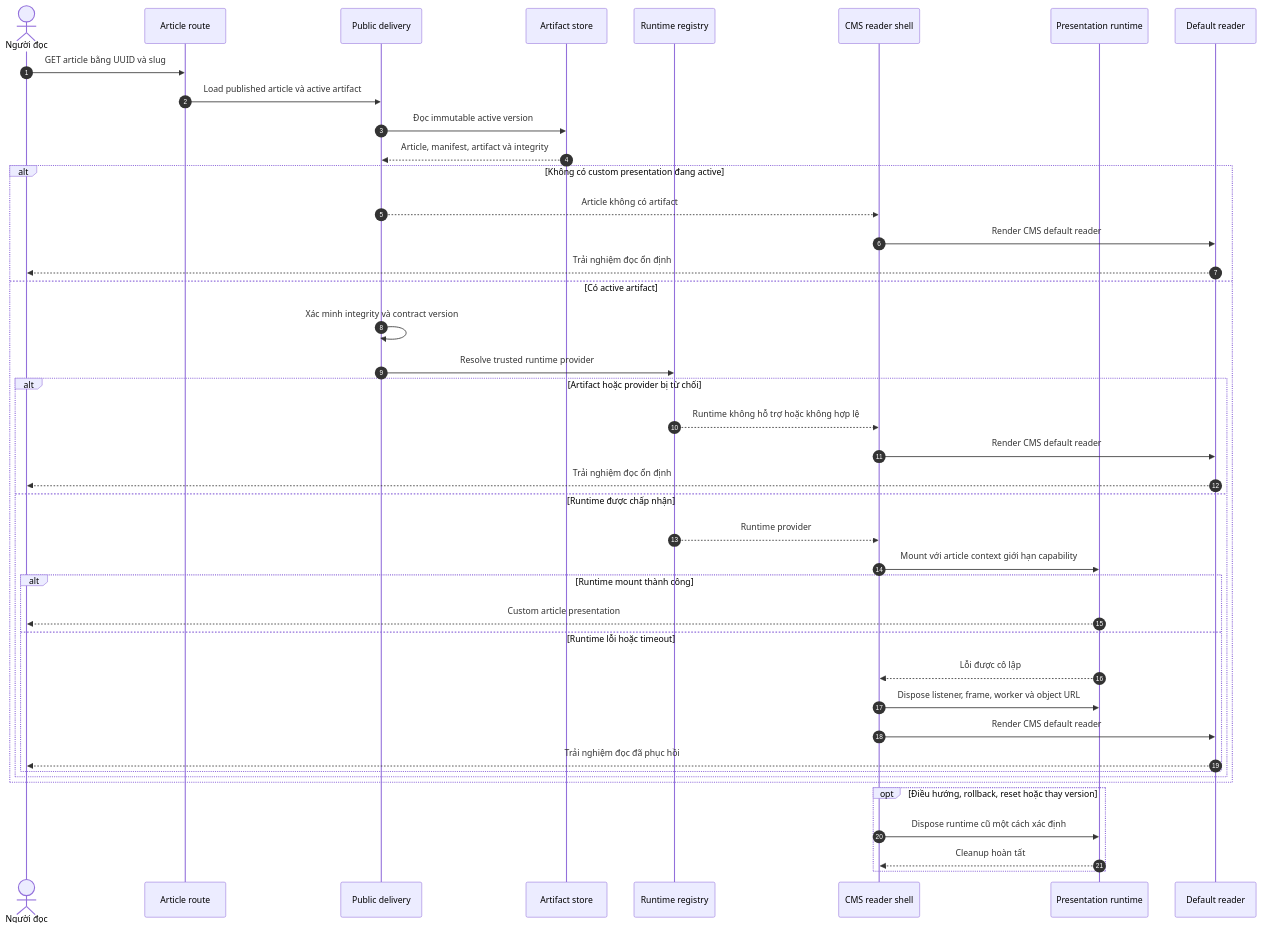
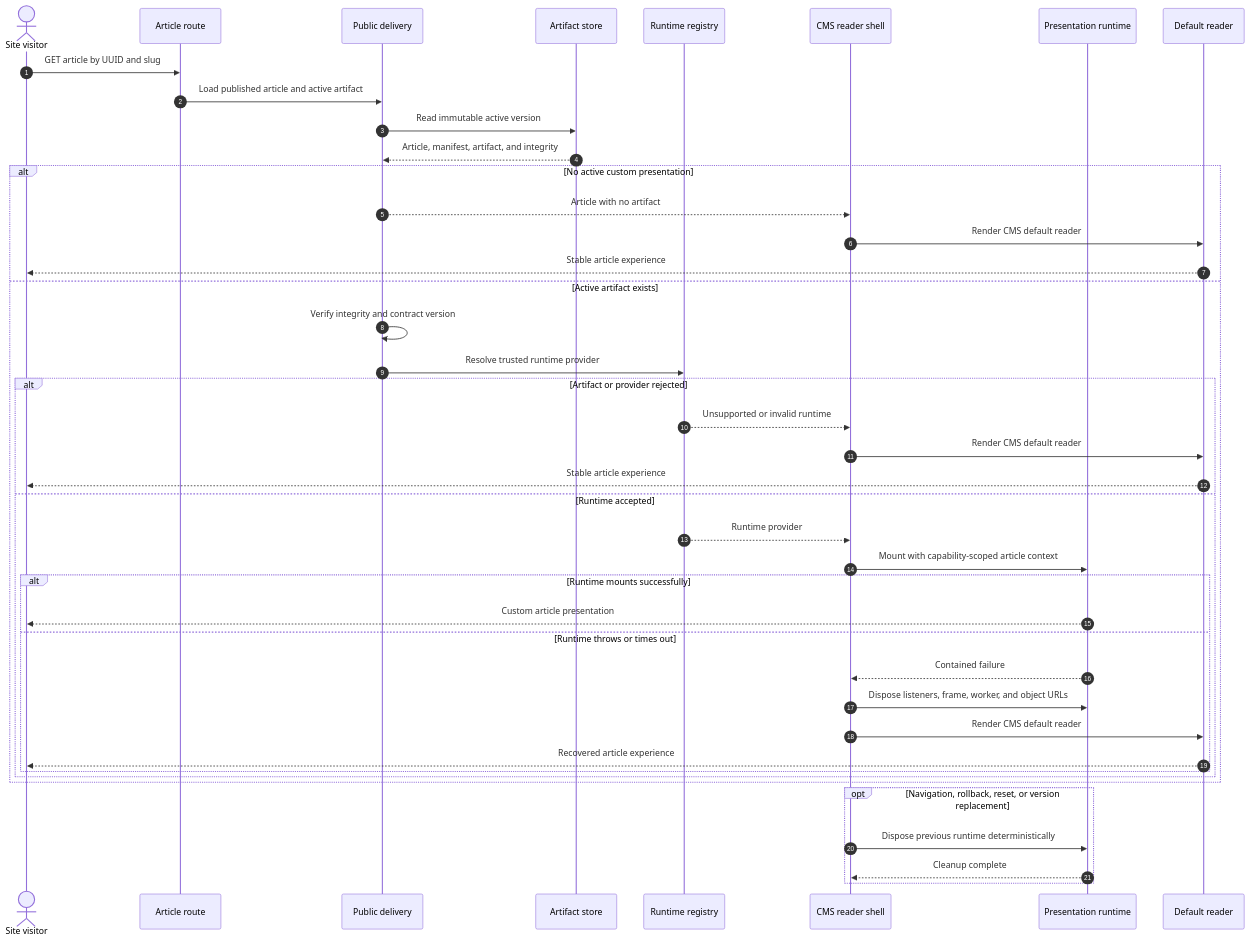
Before and after one commit to fishperson113/agent-native-cms: the fourth of 5 diagrams in docs/future/architecture-diagrams.md, drawn with Mermaid. The commit also changed other lines of this file, not shown here.

Commit message:
docs: use English labels in architecture diagrams

````diff
--- a/docs/future/architecture-diagrams.md
+++ b/docs/future/architecture-diagrams.md
@@ -208,49 +208,49 @@
 ```mermaid
 sequenceDiagram
   autonumber
-  actor Reader as Người đọc
+  actor Reader as Site visitor
   participant Route as Article route
   participant Delivery as Public delivery
   participant Store as Artifact store
   participant Registry as Runtime registry
   participant Shell as CMS reader shell
   participant Runtime as Presentation runtime
   participant Fallback as Default reader
 
-  Reader->>Route: GET article bằng UUID và slug
-  Route->>Delivery: Load published article và active artifact
-  Delivery->>Store: Đọc immutable active version
-  Store-->>Delivery: Article, manifest, artifact và integrity
+  Reader->>Route: GET article by UUID and slug
+  Route->>Delivery: Load published article and active artifact
+  Delivery->>Store: Read immutable active version
+  Store-->>Delivery: Article, manifest, artifact, and integrity
 
-  alt Không có custom presentation đang active
-    Delivery-->>Shell: Article không có artifact
+  alt No active custom presentation
+    Delivery-->>Shell: Article with no artifact
     Shell->>Fallback: Render CMS default reader
-    Fallback-->>Reader: Trải nghiệm đọc ổn định
-  else Có active artifact
-    Delivery->>Delivery: Xác minh integrity và contract version
+    Fallback-->>Reader: Stable article experience
+  else Active artifact exists
+    Delivery->>Delivery: Verify integrity and contract version
     Delivery->>Registry: Resolve trusted runtime provider
 
-    alt Artifact hoặc provider bị từ chối
-      Registry-->>Shell: Runtime không hỗ trợ hoặc không hợp lệ
+    alt Artifact or provider rejected
+      Registry-->>Shell: Unsupported or invalid runtime
       Shell->>Fallback: Render CMS default reader
-      Fallback-->>Reader: Trải nghiệm đọc ổn định
-    else Runtime được chấp nhận
+      Fallback-->>Reader: Stable article experience
+    else Runtime accepted
       Registry-->>Shell: Runtime provider
-      Shell->>Runtime: Mount với article context giới hạn capability
+      Shell->>Runtime: Mount with capability-scoped article context
 
-      alt Runtime mount thành công
+      alt Runtime mounts successfully
         Runtime-->>Reader: Custom article presentation
-      else Runtime lỗi hoặc timeout
-        Runtime-->>Shell: Lỗi được cô lập
-        Shell->>Runtime: Dispose listener, frame, worker và object URL
+      else Runtime throws or times out
+        Runtime-->>Shell: Contained failure
+        Shell->>Runtime: Dispose listeners, frame, worker, and object URLs
         Shell->>Fallback: Render CMS default reader
-        Fallback-->>Reader: Trải nghiệm đọc đã phục hồi
+        Fallback-->>Reader: Recovered article experience
       end
     end
   end
 
-  opt Điều hướng, rollback, reset hoặc thay version
-    Shell->>Runtime: Dispose runtime cũ một cách xác định
-    Runtime-->>Shell: Cleanup hoàn tất
+  opt Navigation, rollback, reset, or version replacement
+    Shell->>Runtime: Dispose previous runtime deterministically
+    Runtime-->>Shell: Cleanup complete
   end
 ```
````
